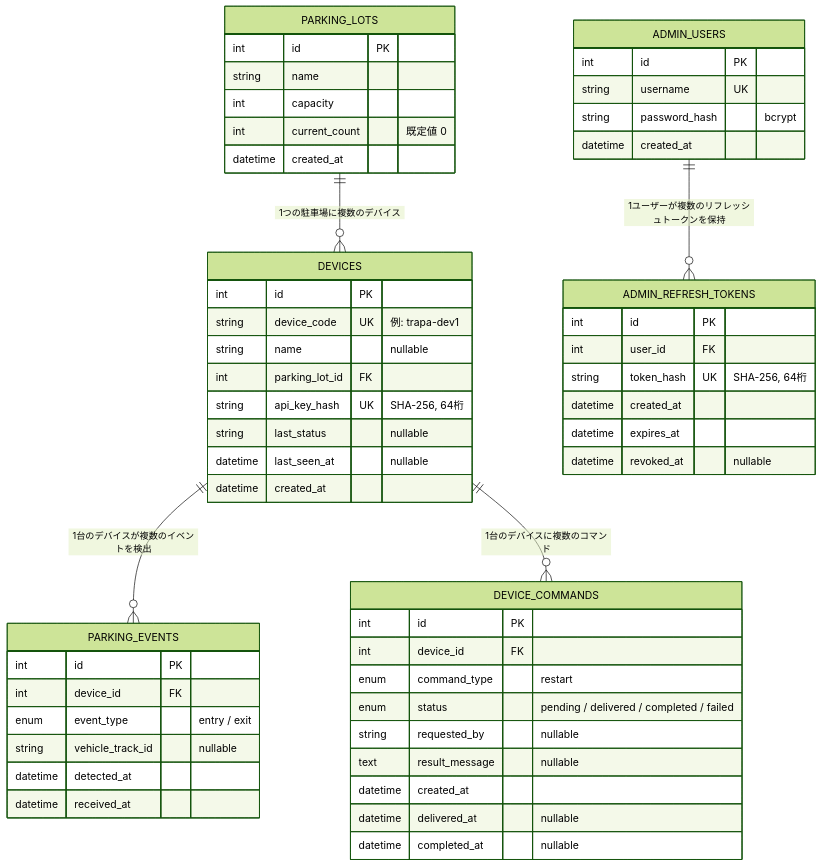
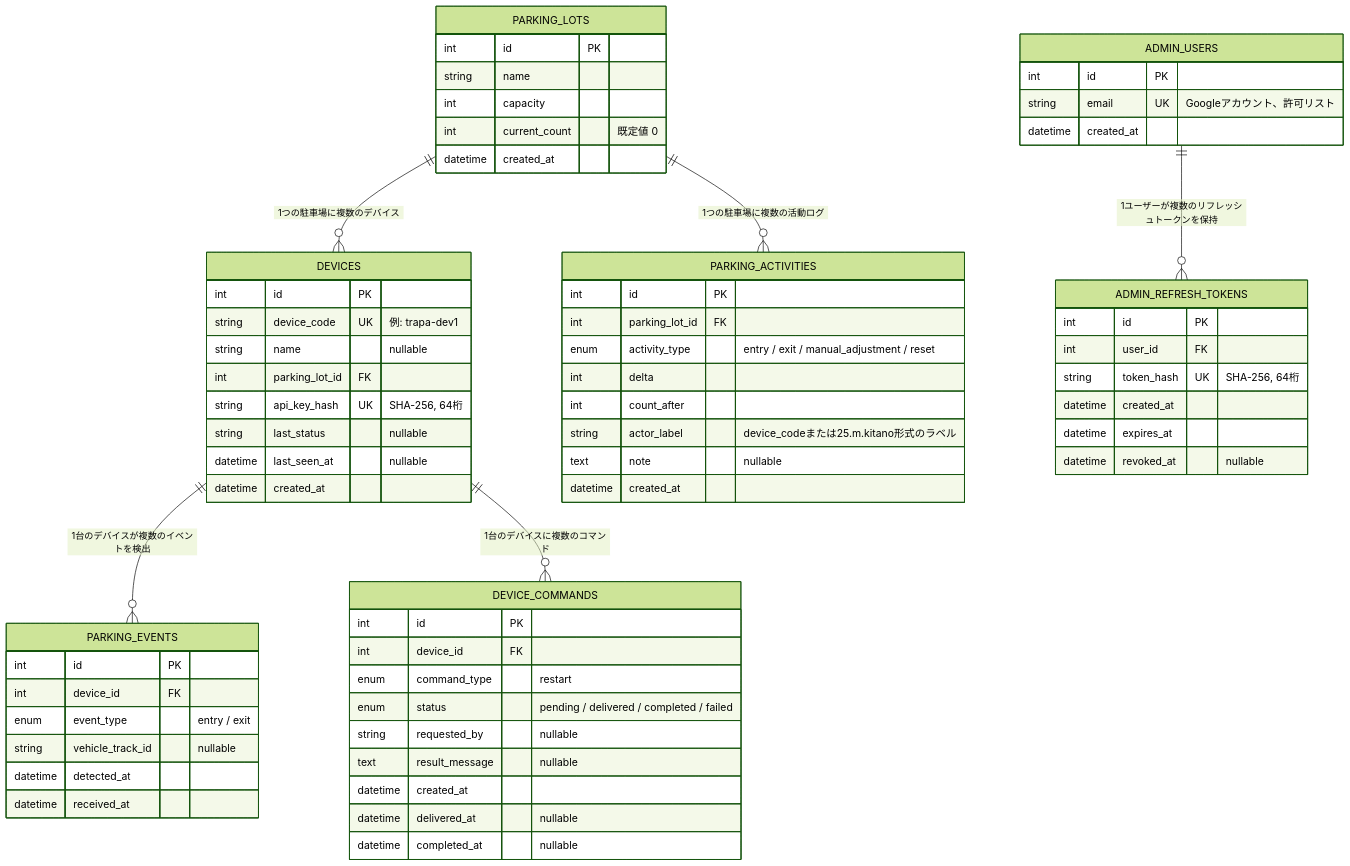
One commit to NUTFes/tracking-parking-api changed the diagram in docs/db-schema.md. Above: the diagram before and after it, drawn with Mermaid (forest theme). The commit also changed other lines of this file and 27 other files, not shown here.

First line of the commit message:
Add parking_activities log, reset/adjust endpoints, Google SSO auth

````diff
--- a/docs/db-schema.md
+++ b/docs/db-schema.md
@@ -9,58 +9,68 @@
 ```mermaid
 erDiagram
     PARKING_LOTS ||--o{ DEVICES : "1つの駐車場に複数のデバイス"
+    PARKING_LOTS ||--o{ PARKING_ACTIVITIES : "1つの駐車場に複数の活動ログ"
     DEVICES ||--o{ PARKING_EVENTS : "1台のデバイスが複数のイベントを検出"
     DEVICES ||--o{ DEVICE_COMMANDS : "1台のデバイスに複数のコマンド"
     ADMIN_USERS ||--o{ ADMIN_REFRESH_TOKENS : "1ユーザーが複数のリフレッシュトークンを保持"
 
     PARKING_LOTS {
         int id PK
         string name
         int capacity
         int current_count "既定値 0"
         datetime created_at
     }
     DEVICES {
         int id PK
         string device_code UK "例: trapa-dev1"
         string name "nullable"
         int parking_lot_id FK
         string api_key_hash UK "SHA-256, 64桁"
         string last_status "nullable"
         datetime last_seen_at "nullable"
         datetime created_at
     }
     PARKING_EVENTS {
         int id PK
         int device_id FK
         enum event_type "entry / exit"
         string vehicle_track_id "nullable"
         datetime detected_at
         datetime received_at
     }
     DEVICE_COMMANDS {
         int id PK
         int device_id FK
         enum command_type "restart"
         enum status "pending / delivered / completed / failed"
         string requested_by "nullable"
         text result_message "nullable"
         datetime created_at
         datetime delivered_at "nullable"
         datetime completed_at "nullable"
     }
+    PARKING_ACTIVITIES {
+        int id PK
+        int parking_lot_id FK
+        enum activity_type "entry / exit / manual_adjustment / reset"
+        int delta
+        int count_after
+        string actor_label "device_codeまたは25.m.kitano形式のラベル"
+        text note "nullable"
+        datetime created_at
+    }
     ADMIN_USERS {
         int id PK
-        string username UK
-        string password_hash "bcrypt"
+        string email UK "Googleアカウント、許可リスト"
         datetime created_at
     }
     ADMIN_REFRESH_TOKENS {
         int id PK
         int user_id FK
         string token_hash UK "SHA-256, 64桁"
         datetime created_at
         datetime expires_at
         datetime revoked_at "nullable"
     }
 ```
````
